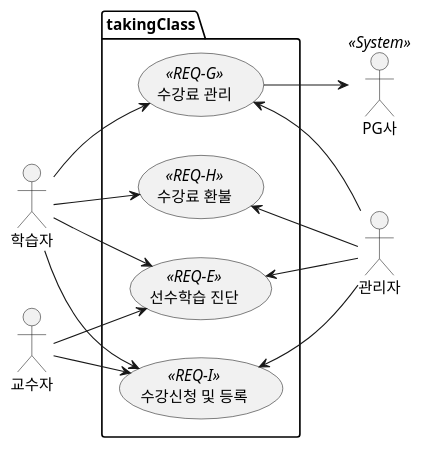
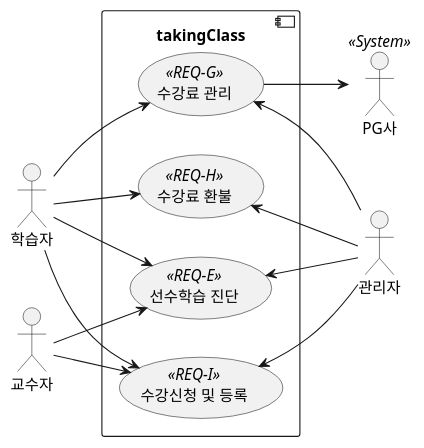
The second of 7 diagrams in README.md (ohhoonim/lms), drawn with PlantUML before and after one commit. The commit also changed other lines of this file and 15 other files, not shown here.

````diff
--- a/README.md
+++ b/README.md
@@ -23,28 +25,28 @@
 ```plantuml
 @startuml
 left to right direction
 :학습자: as student
 :교수자: as professor
 :관리자: as manager
 :PG사: as pg <<System>>
 
-package takingClass {
+component takingClass {
     (수강신청 및 등록) as req_i <<REQ-I>>
     (선수학습 진단) as req_e <<REQ-E>>
     (수강료 관리) as req_g <<REQ-G>>
     (수강료 환불) as req_h <<REQ-H>>
 }
 
 manager -up-> req_i
 manager -up-> req_e
 manager -up-> req_g
 manager -up-> req_h
 professor --> req_i
 professor --> req_e
 student --> req_e
 student --> req_g
 student --> req_h
 student --> req_i
 req_g --> pg
 @enduml
 ```
````
